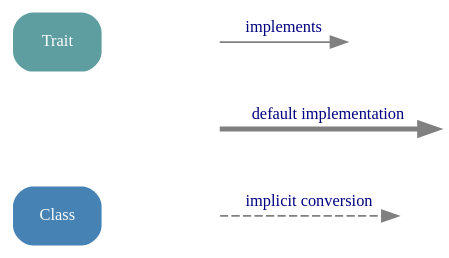
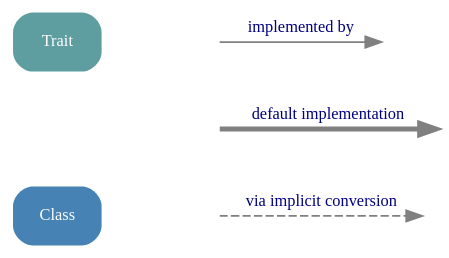
The diagram in src/legend.dot (sirthias/scala-collections-charts), drawn with Graphviz before and after one commit.

Commit message:
Fixed edge labels in legend

```diff
--- a/src/legend.dot
+++ b/src/legend.dot
@@ -1,33 +1,33 @@
 // dot graphs for the Scala 2.8 Collections API
 // legend
 // (C) 2010 by Mathias
 
 digraph legend {
   bgcolor=transparent
   ranksep=0
   
   // layout help
   node [shape=plaintext, style=invis]
   edge [style=invis]
   Level0 -> Level1 -> Level2
   
   // node definitions
   node [shape=box, style="rounded, filled", fontname=tahoma, fontsize=10, fontcolor=white, color=none]
   Trait [fillcolor=cadetblue]
   Class [fillcolor=steelblue]
   
   // invisible nodes
   node [shape=plaintext, style=invis]
   Spacer; A; B; C; D; E; F
   
   // edges
   edge [style=solid, color=gray, fontname=tahoma, fontsize=10, fontcolor=navy]
-  A -> B [label=" implements "]
+  A -> B [label=" implemented by "]
   C -> D [penwidth=3, label=" default implementation "]
-  E -> F [style=dashed, label=" implicit conversion "]
+  E -> F [style=dashed, label=" via implicit conversion "]
 
   // layout
   { rank=same; Level0; Trait; A; B; }
   { rank=same; Level1; Spacer; C; D; }
   { rank=same; Level2; Class; E; F }
 }
```
